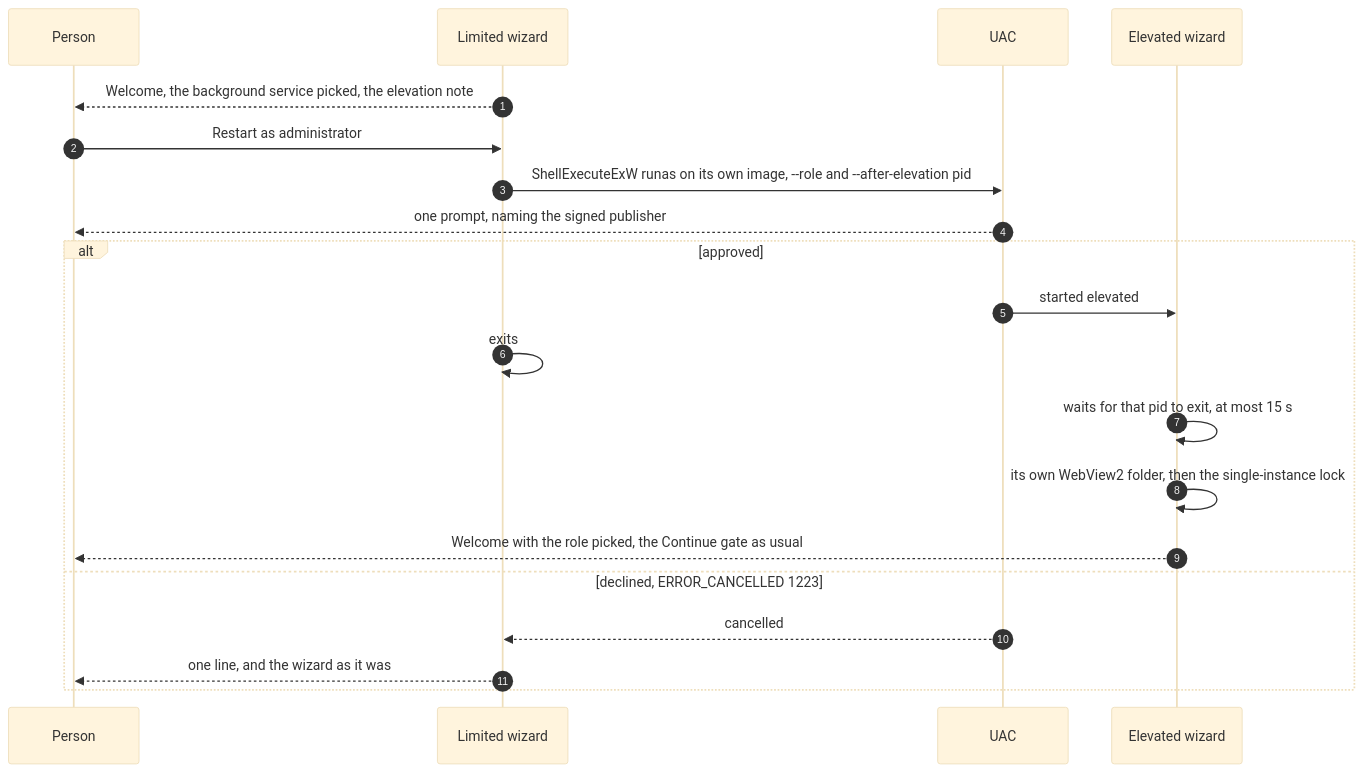
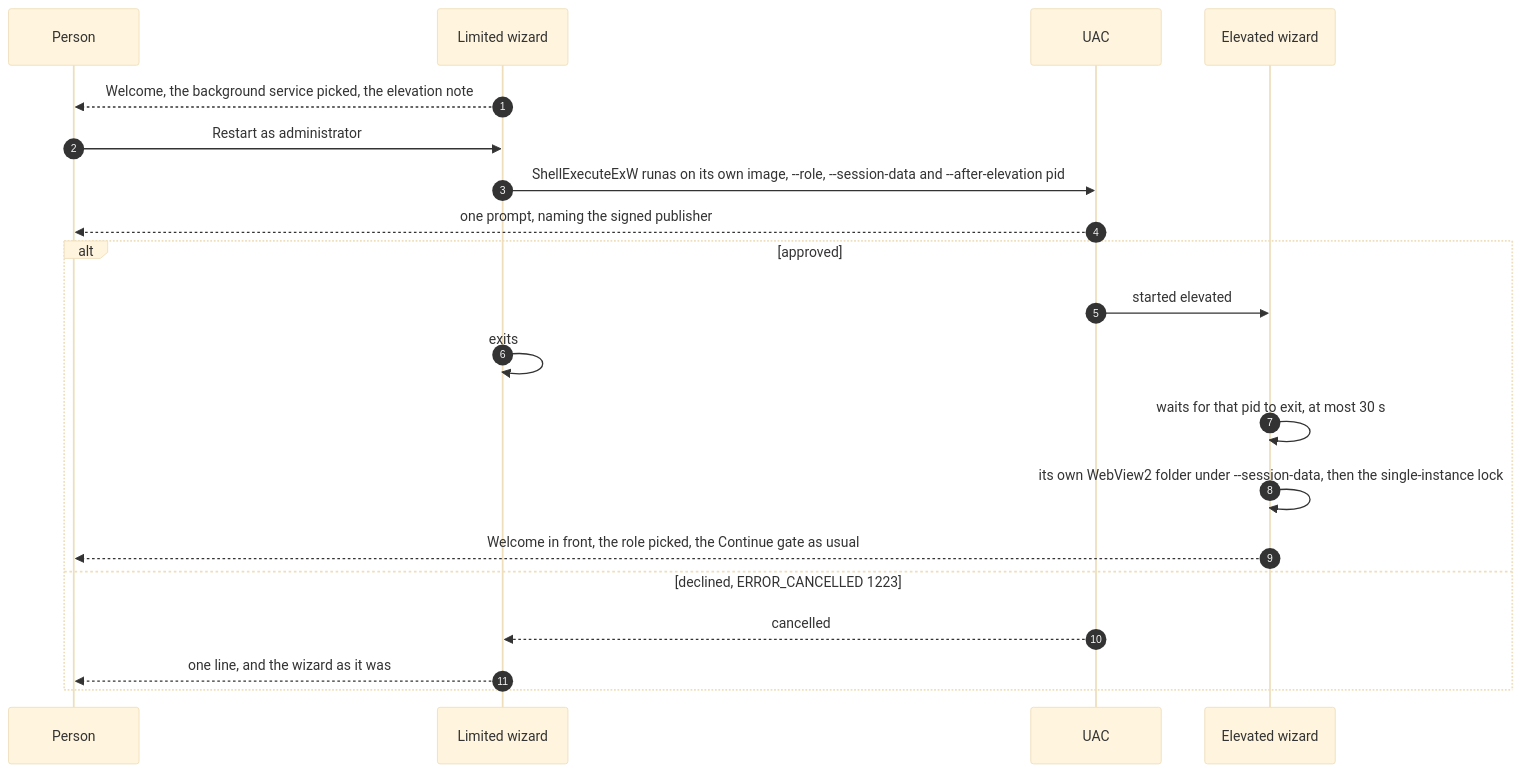
One commit to gjovanov/roomler-ai changed the fourth of 4 diagrams in docs/fr/FR-129-guided-cross-platform-installer.md. Above: the diagram before and after it, drawn with Mermaid (base theme). The commit also changed other lines of this file and 7 other files, not shown here.

````diff
--- a/docs/fr/FR-129-guided-cross-platform-installer.md
+++ b/docs/fr/FR-129-guided-cross-platform-installer.md
@@ -813,22 +813,22 @@
 ```mermaid
 sequenceDiagram
     autonumber
     participant P as Person
     participant L as Limited wizard
     participant U as UAC
     participant E as Elevated wizard
     L-->>P: Welcome, the background service picked, the elevation note
     P->>L: Restart as administrator
-    L->>U: ShellExecuteExW runas on its own image, --role and --after-elevation pid
+    L->>U: ShellExecuteExW runas on its own image, --role, --session-data and --after-elevation pid
     U-->>P: one prompt, naming the signed publisher
     alt approved
         U->>E: started elevated
         L->>L: exits
-        E->>E: waits for that pid to exit, at most 15 s
-        E->>E: its own WebView2 folder, then the single-instance lock
-        E-->>P: Welcome with the role picked, the Continue gate as usual
+        E->>E: waits for that pid to exit, at most 30 s
+        E->>E: its own WebView2 folder under --session-data, then the single-instance lock
+        E-->>P: Welcome in front, the role picked, the Continue gate as usual
     else declined, ERROR_CANCELLED 1223
         U-->>L: cancelled
         L-->>P: one line, and the wizard as it was
     end
 ```
````
